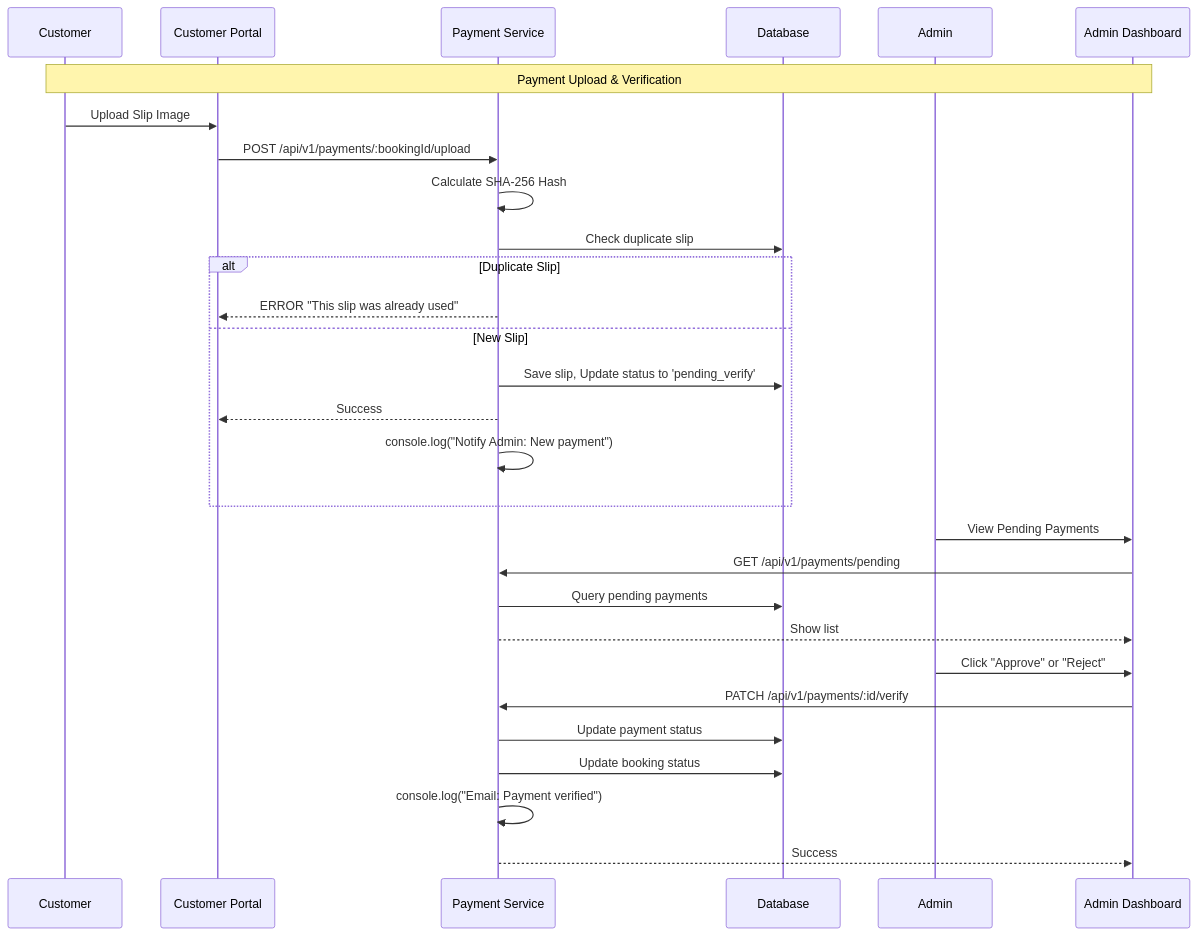
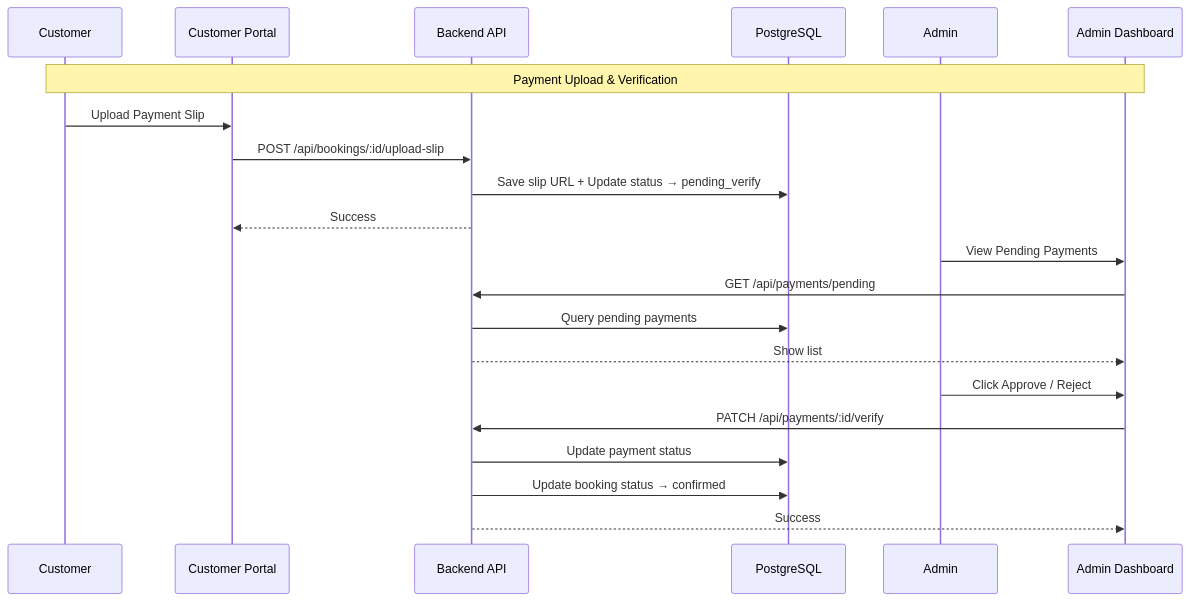
One commit to psu6810110135/final_porj changed the second of 2 diagrams in system_based/Component_Design.md. Above: the diagram before and after it, drawn with Mermaid. The commit also changed other lines of this file and 6 other files, not shown here.

````diff
--- a/system_based/Component_Design.md
+++ b/system_based/Component_Design.md
@@ -238,42 +292,29 @@
 ```mermaid
 sequenceDiagram
     participant Customer
     participant UI as Customer Portal
-    participant API as Payment Service
-    participant DB as Database
+    participant API as Backend API
+    participant DB as PostgreSQL
     participant Admin
     participant Dashboard as Admin Dashboard
 
     Note over Customer, Dashboard: Payment Upload & Verification
 
-    %% Phase 1: Customer Upload
-    Customer->>UI: Upload Slip Image
-    UI->>API: POST /api/v1/payments/:bookingId/upload
+    Customer->>UI: Upload Payment Slip
+    UI->>API: POST /api/bookings/:id/upload-slip
 
-    API->>API: Calculate SHA-256 Hash
-    API->>DB: Check duplicate slip
+    API->>DB: Save slip URL + Update status → pending_verify
+    API-->>UI: Success
 
-    alt Duplicate Slip
-        API-->>UI: ERROR "This slip was already used"
-    else New Slip
-        API->>DB: Save slip, Update status to 'pending_verify'
-        API-->>UI: Success
-
-        API->>API: console.log("Notify Admin: New payment")
-    end
-
-    %% Phase 2: Admin Verification
     Admin->>Dashboard: View Pending Payments
-    Dashboard->>API: GET /api/v1/payments/pending
+    Dashboard->>API: GET /api/payments/pending
     API->>DB: Query pending payments
     API-->>Dashboard: Show list
 
-    Admin->>Dashboard: Click "Approve" or "Reject"
-    Dashboard->>API: PATCH /api/v1/payments/:id/verify
+    Admin->>Dashboard: Click Approve / Reject
+    Dashboard->>API: PATCH /api/payments/:id/verify
 
     API->>DB: Update payment status
-    API->>DB: Update booking status
-    API->>API: console.log("Email: Payment verified")
-
+    API->>DB: Update booking status → confirmed
     API-->>Dashboard: Success
 ```
````
